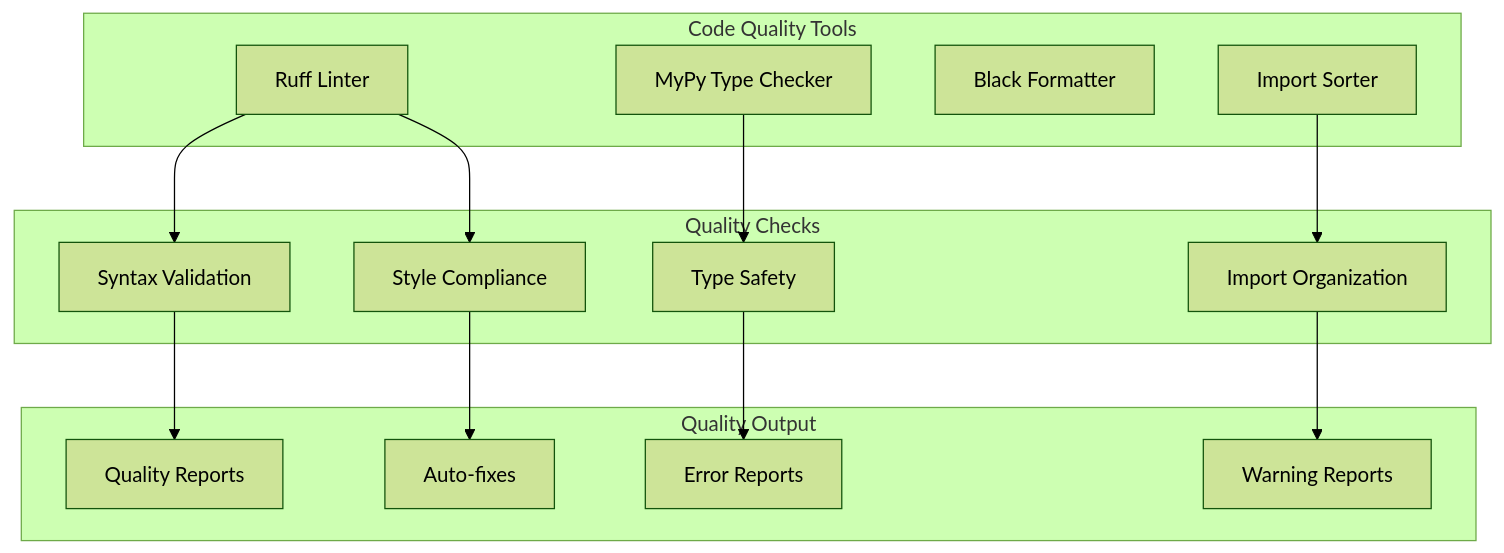
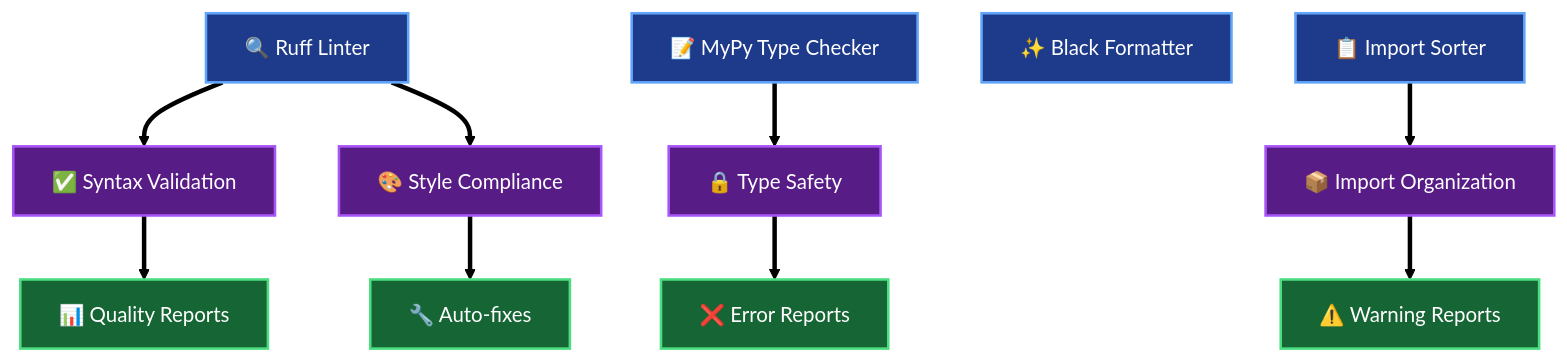
Diagram 18 of 18 in docs/DEVELOPER.md (usathyan/paper-qa-ui), drawn with Mermaid (forest theme) before and after one commit. The commit also changed other lines of this file, not shown here.

````diff
--- a/docs/DEVELOPER.md
+++ b/docs/DEVELOPER.md
@@ -958,33 +984,40 @@
 ```mermaid
-graph TB
-    subgraph "Code Quality Tools"
-        RUFF[Ruff Linter]
-        MYPY[MyPy Type Checker]
-        BLACK[Black Formatter]
-        ISORT[Import Sorter]
-    end
+flowchart TD
+    %% Code Quality Tools
+    RUFF[🔍 Ruff Linter]
+    MYPY[📝 MyPy Type Checker]
+    BLACK[✨ Black Formatter]
+    ISORT[📋 Import Sorter]
     
-    subgraph "Quality Checks"
-        SYNTAX[Syntax Validation]
-        STYLE[Style Compliance]
-        TYPES[Type Safety]
-        IMPORTS[Import Organization]
-    end
+    %% Quality Checks
+    SYNTAX[✅ Syntax Validation]
+    STYLE[🎨 Style Compliance]
+    TYPES[🔒 Type Safety]
+    IMPORTS[📦 Import Organization]
     
-    subgraph "Quality Output"
-        REPORTS[Quality Reports]
-        FIXES[Auto-fixes]
-        ERRORS[Error Reports]
-        WARNINGS[Warning Reports]
-    end
+    %% Quality Output
+    REPORTS[📊 Quality Reports]
+    FIXES[🔧 Auto-fixes]
+    ERRORS[❌ Error Reports]
+    WARNINGS[⚠️ Warning Reports]
     
-    RUFF --> SYNTAX
-    RUFF --> STYLE
-    MYPY --> TYPES
-    ISORT --> IMPORTS
+    %% Flow
+    RUFF ==> SYNTAX
+    RUFF ==> STYLE
+    MYPY ==> TYPES
+    ISORT ==> IMPORTS
     
-    SYNTAX --> REPORTS
-    STYLE --> FIXES
-    TYPES --> ERRORS
-    IMPORTS --> WARNINGS
+    SYNTAX ==> REPORTS
+    STYLE ==> FIXES
+    TYPES ==> ERRORS
+    IMPORTS ==> WARNINGS
+    
+    %% Styling
+    classDef toolsStyle fill:#1e3a8a,stroke:#60a5fa,stroke-width:2px,color:#ffffff
+    classDef checksStyle fill:#581c87,stroke:#a855f7,stroke-width:2px,color:#ffffff
+    classDef outputStyle fill:#166534,stroke:#4ade80,stroke-width:2px,color:#ffffff
+    
+    class RUFF,MYPY,BLACK,ISORT toolsStyle
+    class SYNTAX,STYLE,TYPES,IMPORTS checksStyle
+    class REPORTS,FIXES,ERRORS,WARNINGS outputStyle
 ```
````
